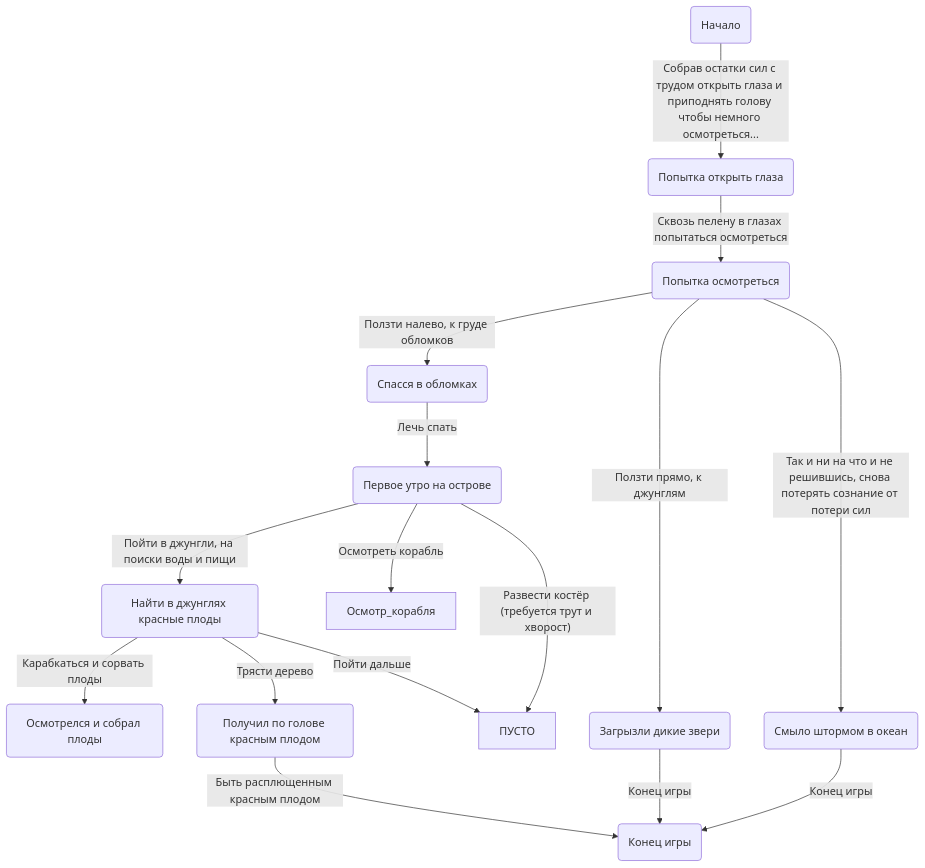
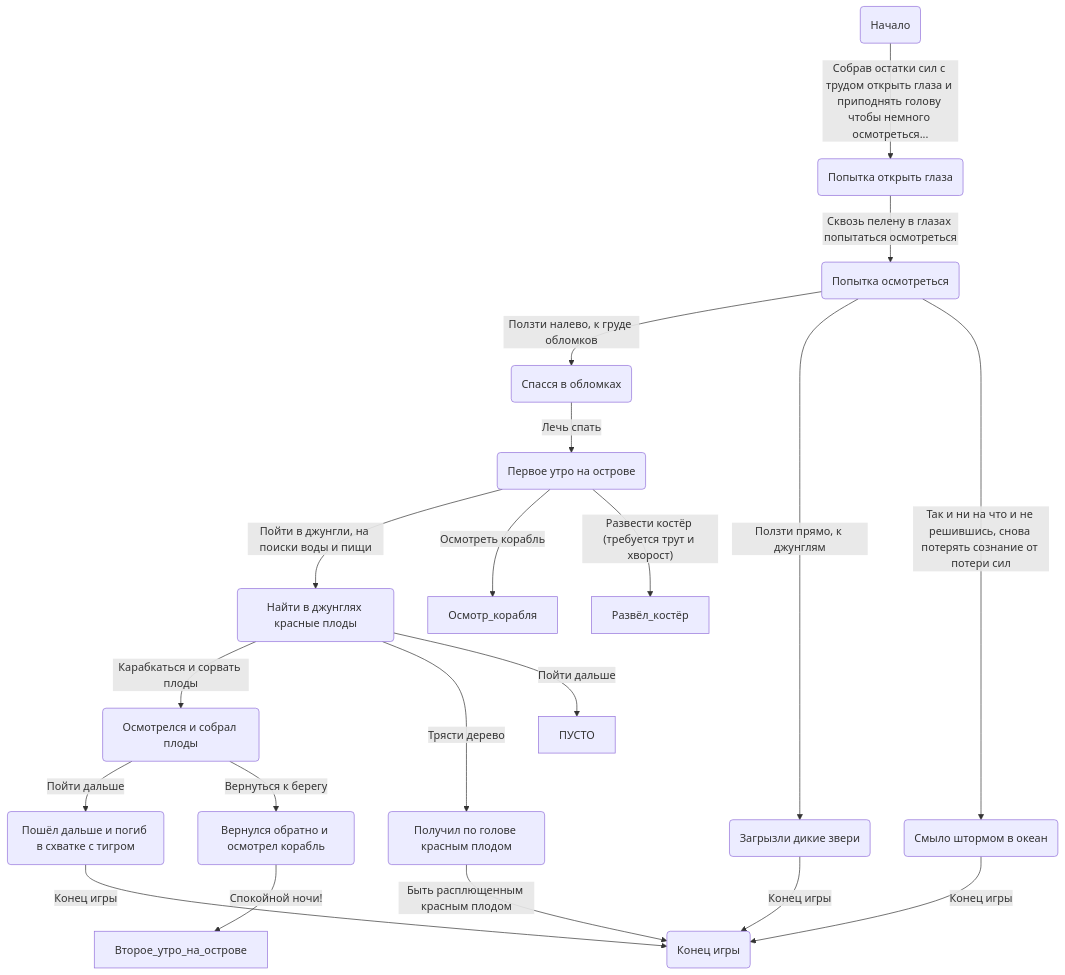
Before and after one commit to usachborodach/RobinZone: the diagram in diagram.mmd, drawn with Mermaid. The commit also changed 11 other files, not shown here.

```diff
--- a/diagram.mmd
+++ b/diagram.mmd
@@ -1,27 +1,33 @@
 flowchart TD
+Пошёл_дальше_и_погиб_в_схватке_с_тигром("Пошёл дальше и погиб в схватке с тигром")
+Пошёл_дальше_и_погиб_в_схватке_с_тигром -- Конец игры --> Конец_игры
 Первое_утро_на_острове("Первое утро на острове")
 Первое_утро_на_острове -- Пойти в джунгли, на поиски воды и пищи --> Найти_в_джунглях_красные_плоды
 Первое_утро_на_острове -- Осмотреть корабль --> Осмотр_корабля
-Первое_утро_на_острове -- Развести костёр (требуется трут и хворост) --> ПУСТО
+Первое_утро_на_острове -- Развести костёр (требуется трут и хворост) --> Развёл_костёр
 Попытка_осмотреться("Попытка осмотреться")
 Попытка_осмотреться -- Ползти налево, к груде обломков --> Спасся_в_обломках
 Попытка_осмотреться -- Ползти прямо, к джунглям --> Загрызли_дикие_звери
 Попытка_осмотреться -- Так и ни на что и не решившись, снова потерять сознание от потери сил --> Смыло_штормом_в_океан
 Осмотрелся_и_собрал_плоды("Осмотрелся и собрал плоды")
+Осмотрелся_и_собрал_плоды -- Пойти дальше --> Пошёл_дальше_и_погиб_в_схватке_с_тигром
+Осмотрелся_и_собрал_плоды -- Вернуться к берегу --> Вернулся_обратно_и_осмотрел_корабль
 Попытка_открыть_глаза("Попытка открыть глаза")
 Попытка_открыть_глаза -- Сквозь пелену в глазах попытаться осмотреться --> Попытка_осмотреться
 Смыло_штормом_в_океан("Смыло штормом в океан")
 Смыло_штормом_в_океан -- Конец игры --> Конец_игры
 Найти_в_джунглях_красные_плоды("Найти в джунглях красные плоды")
 Найти_в_джунглях_красные_плоды -- Карабкаться и сорвать плоды --> Осмотрелся_и_собрал_плоды
 Найти_в_джунглях_красные_плоды -- Трясти дерево --> Получил_по_голове_красным_плодом
 Найти_в_джунглях_красные_плоды -- Пойти дальше --> ПУСТО
+Вернулся_обратно_и_осмотрел_корабль("Вернулся обратно и осмотрел корабль")
+Вернулся_обратно_и_осмотрел_корабль -- Спокойной ночи! --> Второе_утро_на_острове
 Конец_игры("Конец игры")
 Загрызли_дикие_звери("Загрызли дикие звери")
 Загрызли_дикие_звери -- Конец игры --> Конец_игры
 Спасся_в_обломках("Спасся в обломках")
 Спасся_в_обломках -- Лечь спать --> Первое_утро_на_острове
 Начало("Начало")
 Начало -- Собрав остатки сил с трудом открыть глаза и приподнять голову чтобы немного осмотреться... --> Попытка_открыть_глаза
 Получил_по_голове_красным_плодом("Получил по голове красным плодом")
 Получил_по_голове_красным_плодом -- Быть расплющенным красным плодом --> Конец_игры
```
